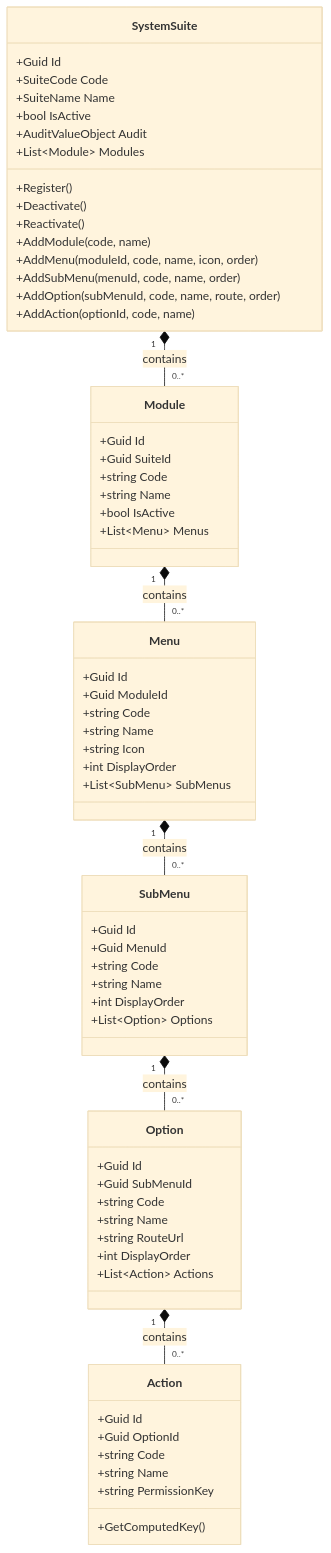
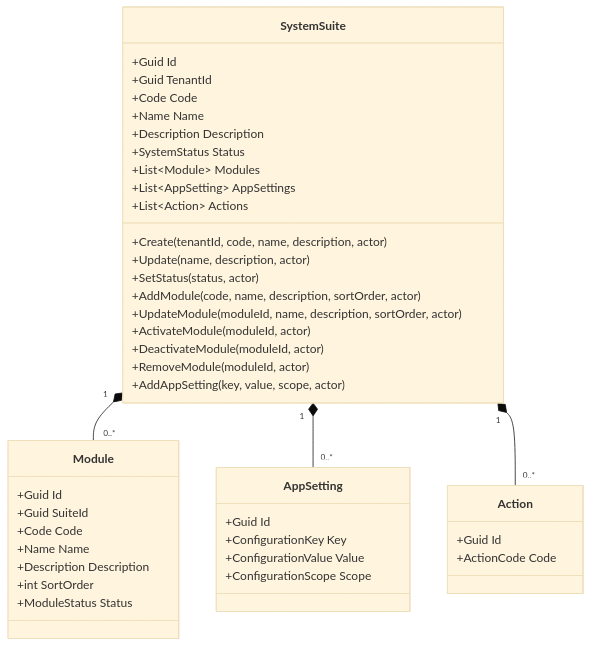
Before and after one commit to beyondnetcode/ums: the first of 3 diagrams in docs/domain/authorization/system-suite.md, drawn with Mermaid (base theme). The commit also changed other lines of this file and 19 other files, not shown here.

````diff
--- a/docs/domain/authorization/system-suite.md
+++ b/docs/domain/authorization/system-suite.md
@@ -113,67 +80,46 @@
 ```mermaid
 classDiagram
     direction TB
     class SystemSuite {
         +Guid Id
-        +SuiteCode Code
-        +SuiteName Name
-        +bool IsActive
-        +AuditValueObject Audit
+        +Guid TenantId
+        +Code Code
+        +Name Name
+        +Description Description
+        +SystemStatus Status
         +List~Module~ Modules
-        +Register()
-        +Deactivate()
-        +Reactivate()
-        +AddModule(code, name)
-        +AddMenu(moduleId, code, name, icon, order)
-        +AddSubMenu(menuId, code, name, order)
-        +AddOption(subMenuId, code, name, route, order)
-        +AddAction(optionId, code, name)
+        +List~AppSetting~ AppSettings
+        +List~Action~ Actions
+        +Create(tenantId, code, name, description, actor)
+        +Update(name, description, actor)
+        +SetStatus(status, actor)
+        +AddModule(code, name, description, sortOrder, actor)
+        +UpdateModule(moduleId, name, description, sortOrder, actor)
+        +ActivateModule(moduleId, actor)
+        +DeactivateModule(moduleId, actor)
+        +RemoveModule(moduleId, actor)
+        +AddAppSetting(key, value, scope, actor)
     }
     class Module {
         +Guid Id
         +Guid SuiteId
-        +string Code
-        +string Name
-        +bool IsActive
-        +List~Menu~ Menus
+        +Code Code
+        +Name Name
+        +Description Description
+        +int SortOrder
+        +ModuleStatus Status
     }
-    class Menu {
+    class AppSetting {
         +Guid Id
-        +Guid ModuleId
-        +string Code
-        +string Name
-        +string Icon
-        +int DisplayOrder
-        +List~SubMenu~ SubMenus
-    }
-    class SubMenu {
-        +Guid Id
-        +Guid MenuId
-        +string Code
-        +string Name
-        +int DisplayOrder
-        +List~Option~ Options
-    }
-    class Option {
-        +Guid Id
-        +Guid SubMenuId
-        +string Code
-        +string Name
-        +string RouteUrl
-        +int DisplayOrder
-        +List~Action~ Actions
+        +ConfigurationKey Key
+        +ConfigurationValue Value
+        +ConfigurationScope Scope
     }
     class Action {
         +Guid Id
-        +Guid OptionId
-        +string Code
-        +string Name
-        +string PermissionKey
-        +GetComputedKey()
+        +ActionCode Code
     }
-    SystemSuite "1" *-- "0..*" Module : contains
-    Module "1" *-- "0..*" Menu : contains
-    Menu "1" *-- "0..*" SubMenu : contains
-    SubMenu "1" *-- "0..*" Option : contains
-    Option "1" *-- "0..*" Action : contains
+    SystemSuite "1" *-- "0..*" Module
+    SystemSuite "1" *-- "0..*" AppSetting
+    SystemSuite "1" *-- "0..*" Action
 ```
````
